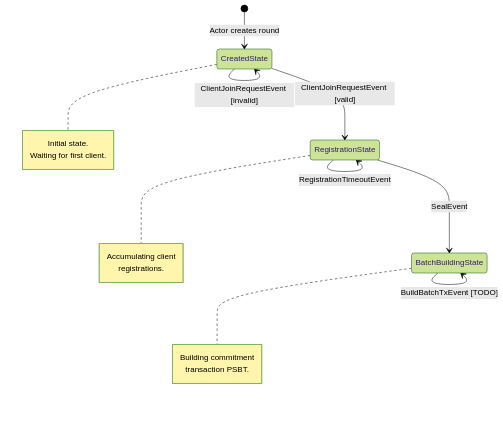
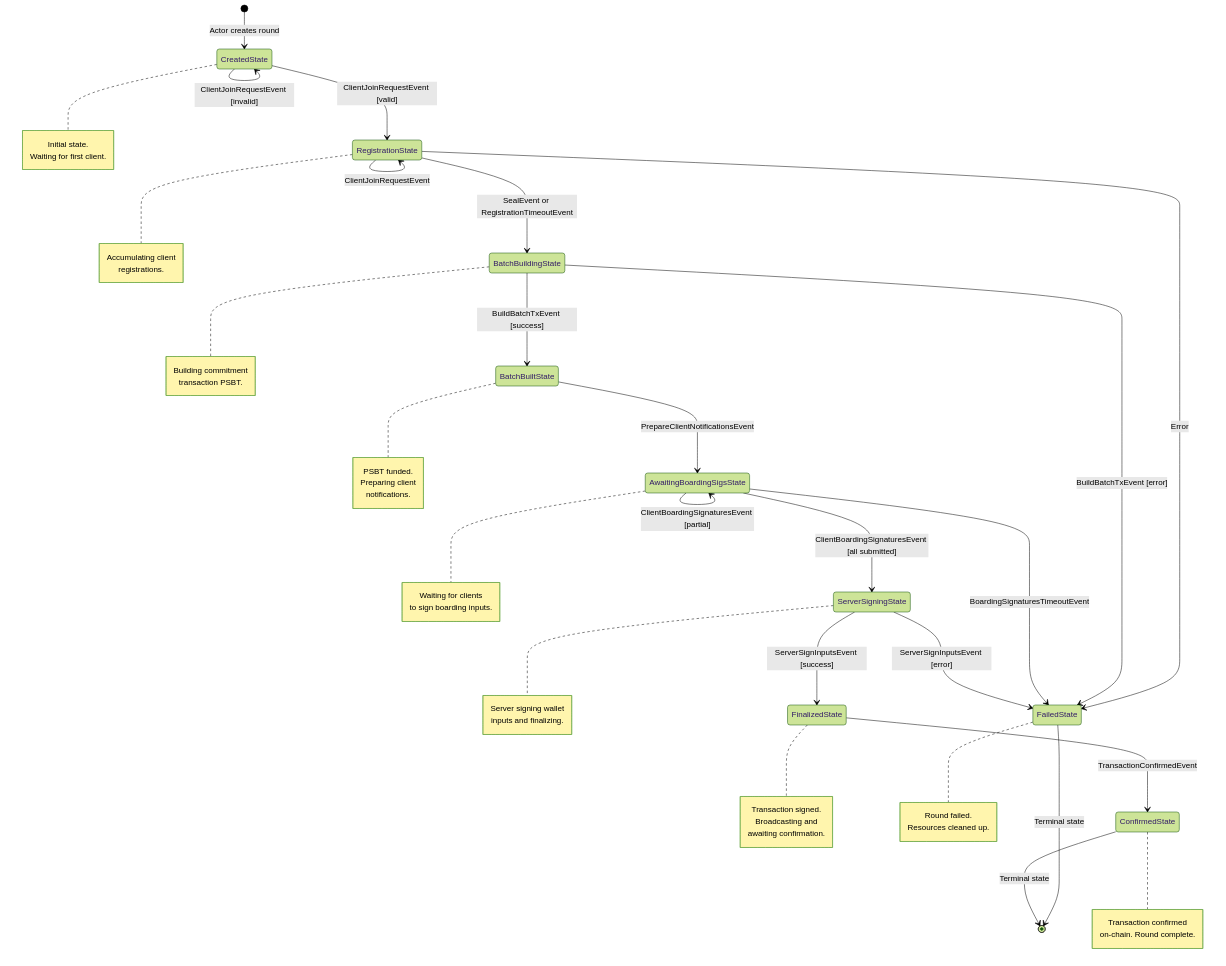
The diagram in rounds/README.md (lightninglabs/wavelength), drawn with Mermaid (forest theme) before and after one commit. The commit also changed other lines of this file, not shown here.

First line of the commit message:
rounds: update README with complete FSM documentation

````diff
--- a/rounds/README.md
+++ b/rounds/README.md
@@ -13,28 +15,75 @@
 ```mermaid
 stateDiagram-v2
     [*] --> CreatedState: Actor creates round
 
     CreatedState --> CreatedState: ClientJoinRequestEvent [invalid]
     CreatedState --> RegistrationState: ClientJoinRequestEvent [valid]
 
-    RegistrationState --> RegistrationState: ClientJoinRequestEvent [valid/invalid]
-    RegistrationState --> RegistrationState: RegistrationTimeoutEvent
-    RegistrationState --> BatchBuildingState: SealEvent
+    RegistrationState --> RegistrationState: ClientJoinRequestEvent
+    RegistrationState --> BatchBuildingState: SealEvent or RegistrationTimeoutEvent
+    RegistrationState --> FailedState: Error
 
-    BatchBuildingState --> BatchBuildingState: BuildBatchTxEvent [TODO]
+    BatchBuildingState --> BatchBuiltState: BuildBatchTxEvent [success]
+    BatchBuildingState --> FailedState: BuildBatchTxEvent [error]
+
+    BatchBuiltState --> AwaitingBoardingSigsState: PrepareClientNotificationsEvent
+
+    AwaitingBoardingSigsState --> AwaitingBoardingSigsState: ClientBoardingSignaturesEvent [partial]
+    AwaitingBoardingSigsState --> ServerSigningState: ClientBoardingSignaturesEvent [all submitted]
+    AwaitingBoardingSigsState --> FailedState: BoardingSignaturesTimeoutEvent
+
+    ServerSigningState --> FinalizedState: ServerSignInputsEvent [success]
+    ServerSigningState --> FailedState: ServerSignInputsEvent [error]
+
+    FinalizedState --> ConfirmedState: TransactionConfirmedEvent
+
+    FailedState --> [*]: Terminal state
+    ConfirmedState --> [*]: Terminal state
 
     note right of CreatedState
         Initial state.
         Waiting for first client.
     end note
 
     note right of RegistrationState
         Accumulating client
         registrations.
     end note
 
     note right of BatchBuildingState
         Building commitment
         transaction PSBT.
     end note
+
+    note right of BatchBuiltState
+        PSBT funded.
+        Preparing client
+        notifications.
+    end note
+
+    note right of AwaitingBoardingSigsState
+        Waiting for clients
+        to sign boarding inputs.
+    end note
+
+    note right of ServerSigningState
+        Server signing wallet
+        inputs and finalizing.
+    end note
+
+    note right of FinalizedState
+        Transaction signed.
+        Broadcasting and
+        awaiting confirmation.
+    end note
+
+    note right of ConfirmedState
+        Transaction confirmed
+        on-chain. Round complete.
+    end note
+
+    note right of FailedState
+        Round failed.
+        Resources cleaned up.
+    end note
 ```
````
